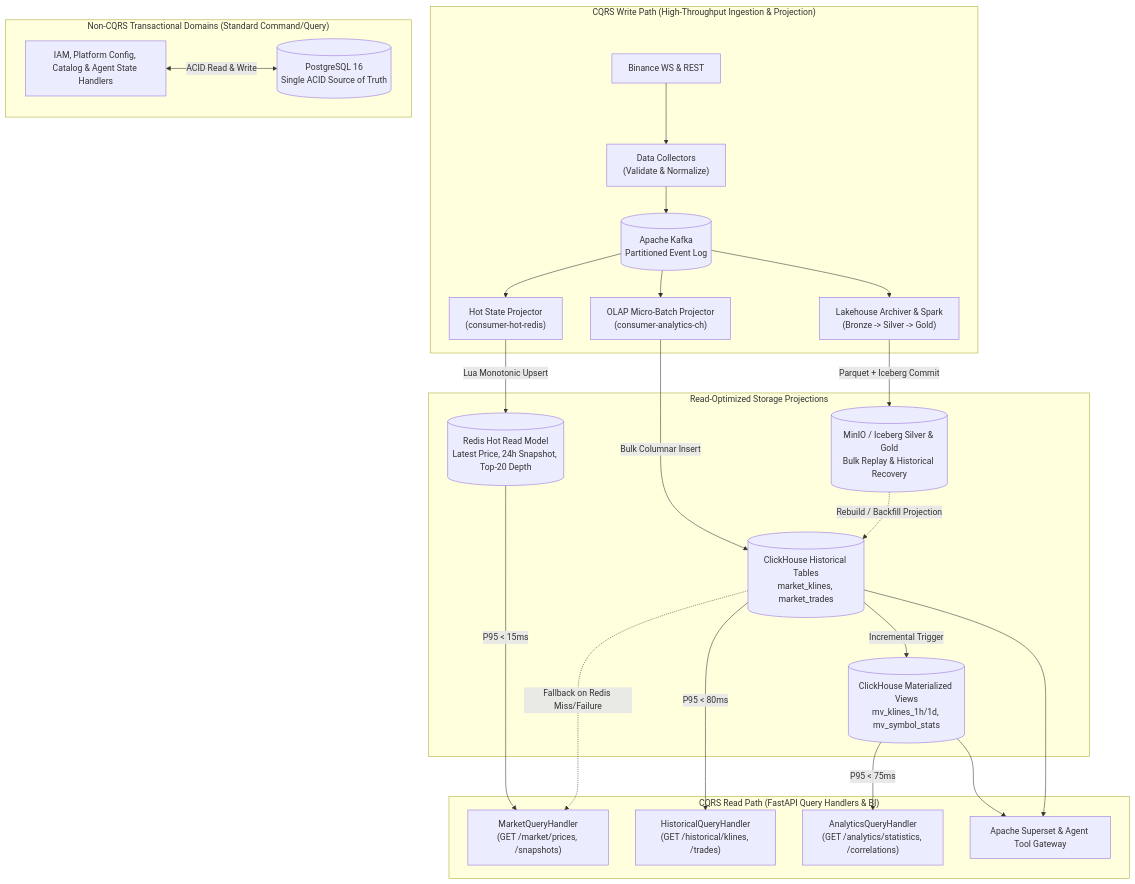
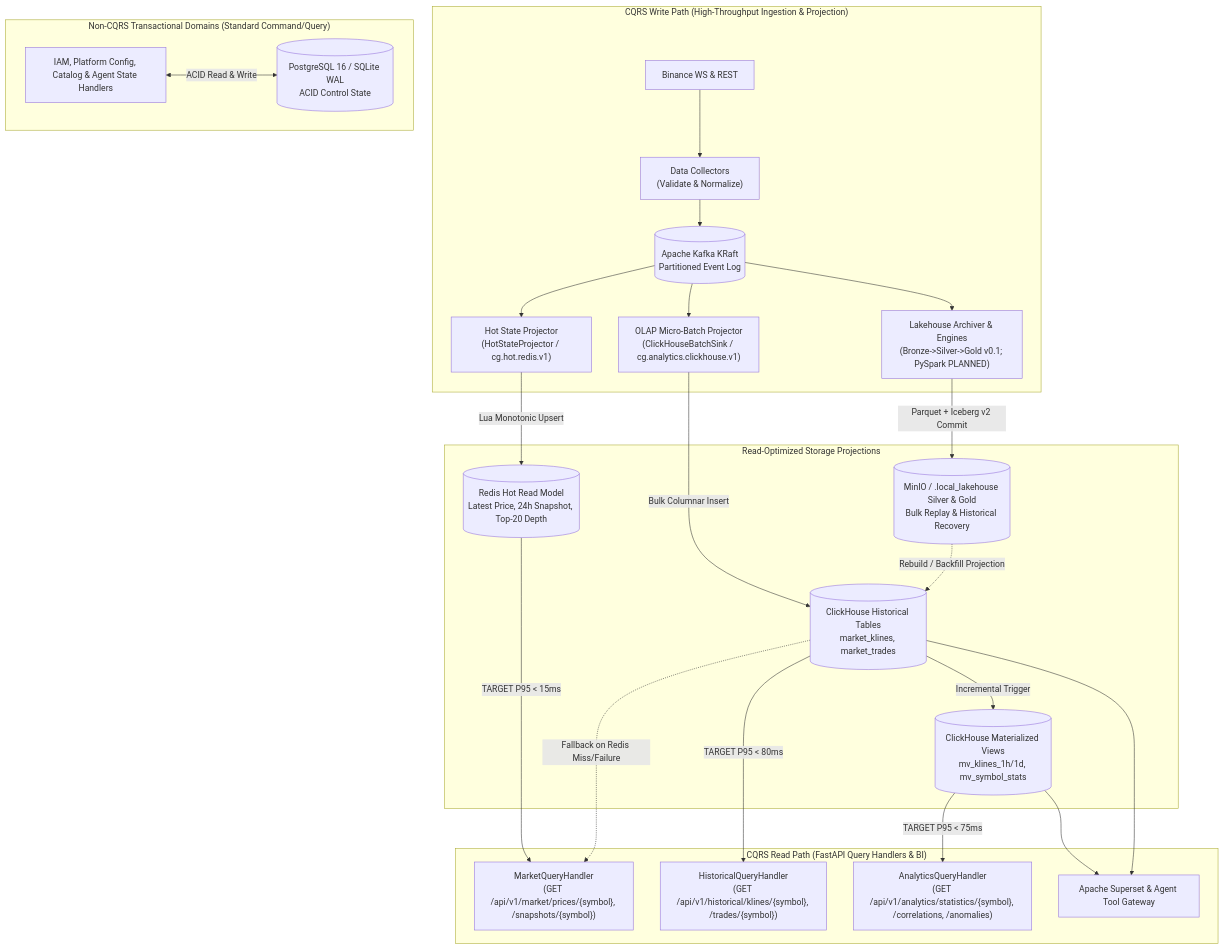
The diagram in docs/diagrams/backend/10-cqrs-read-write.md (DungTran1201/FinancialMarketDataPlatform), drawn with Mermaid before and after one commit. The commit also changed other lines of this file and 141 other files, not shown here.

Commit message:
docs: add comprehensive architecture documentation, data models, and agent definitions

````diff
--- a/docs/diagrams/backend/10-cqrs-read-write.md
+++ b/docs/diagrams/backend/10-cqrs-read-write.md
@@ -15,49 +24,49 @@
 ```mermaid
 flowchart TB
     subgraph WriteSide["CQRS Write Path (High-Throughput Ingestion & Projection)"]
         Binance["Binance WS & REST"]
         Collectors["Data Collectors<br/>(Validate & Normalize)"]
-        Kafka[("Apache Kafka<br/>Partitioned Event Log")]
-        ProjRedis["Hot State Projector<br/>(consumer-hot-redis)"]
-        ProjCH["OLAP Micro-Batch Projector<br/>(consumer-analytics-ch)"]
-        ProjLake["Lakehouse Archiver & Spark<br/>(Bronze -> Silver -> Gold)"]
+        Kafka[("Apache Kafka KRaft<br/>Partitioned Event Log")]
+        ProjRedis["Hot State Projector<br/>(HotStateProjector / cg.hot.redis.v1)"]
+        ProjCH["OLAP Micro-Batch Projector<br/>(ClickHouseBatchSink / cg.analytics.clickhouse.v1)"]
+        ProjLake["Lakehouse Archiver & Engines<br/>(Bronze->Silver->Gold v0.1; PySpark PLANNED)"]
 
         Binance --> Collectors --> Kafka
         Kafka --> ProjRedis
         Kafka --> ProjCH
         Kafka --> ProjLake
     end
 
     subgraph ReadModels["Read-Optimized Storage Projections"]
         RedisRM[("Redis Hot Read Model<br/>Latest Price, 24h Snapshot, Top-20 Depth")]
         CHBaseRM[("ClickHouse Historical Tables<br/>market_klines, market_trades")]
         CHMVRM[("ClickHouse Materialized Views<br/>mv_klines_1h/1d, mv_symbol_stats")]
-        IcebergRM[("MinIO / Iceberg Silver & Gold<br/>Bulk Replay & Historical Recovery")]
+        IcebergRM[("MinIO / .local_lakehouse Silver & Gold<br/>Bulk Replay & Historical Recovery")]
     end
 
     subgraph ReadSide["CQRS Read Path (FastAPI Query Handlers & BI)"]
-        HotQH["MarketQueryHandler<br/>(GET /market/prices, /snapshots)"]
-        HistQH["HistoricalQueryHandler<br/>(GET /historical/klines, /trades)"]
-        AnalyticsQH["AnalyticsQueryHandler<br/>(GET /analytics/statistics, /correlations)"]
+        HotQH["MarketQueryHandler<br/>(GET /api/v1/market/prices/{symbol}, /snapshots/{symbol})"]
+        HistQH["HistoricalQueryHandler<br/>(GET /api/v1/historical/klines/{symbol}, /trades/{symbol})"]
+        AnalyticsQH["AnalyticsQueryHandler<br/>(GET /api/v1/analytics/statistics/{symbol}, /correlations, /anomalies)"]
         SupersetBI["Apache Superset & Agent Tool Gateway"]
     end
 
     subgraph TransactionalCRUD["Non-CQRS Transactional Domains (Standard Command/Query)"]
         ControlApp["IAM, Platform Config, Catalog & Agent State Handlers"]
-        PostgresDB[("PostgreSQL 16<br/>Single ACID Source of Truth")]
+        PostgresDB[("PostgreSQL 16 / SQLite WAL<br/>ACID Control State")]
         ControlApp <-->|"ACID Read & Write"| PostgresDB
     end
 
     ProjRedis -->|"Lua Monotonic Upsert"| RedisRM
     ProjCH -->|"Bulk Columnar Insert"| CHBaseRM
     CHBaseRM -->|"Incremental Trigger"| CHMVRM
-    ProjLake -->|"Parquet + Iceberg Commit"| IcebergRM
+    ProjLake -->|"Parquet + Iceberg v2 Commit"| IcebergRM
     IcebergRM -.->|"Rebuild / Backfill Projection"| CHBaseRM
 
-    RedisRM -->|"P95 < 15ms"| HotQH
+    RedisRM -->|"TARGET P95 < 15ms"| HotQH
     CHBaseRM -.->|"Fallback on Redis Miss/Failure"| HotQH
-    CHBaseRM -->|"P95 < 80ms"| HistQH
-    CHMVRM -->|"P95 < 75ms"| AnalyticsQH
+    CHBaseRM -->|"TARGET P95 < 80ms"| HistQH
+    CHMVRM -->|"TARGET P95 < 75ms"| AnalyticsQH
     CHMVRM --> SupersetBI
     CHBaseRM --> SupersetBI
 ```
````
